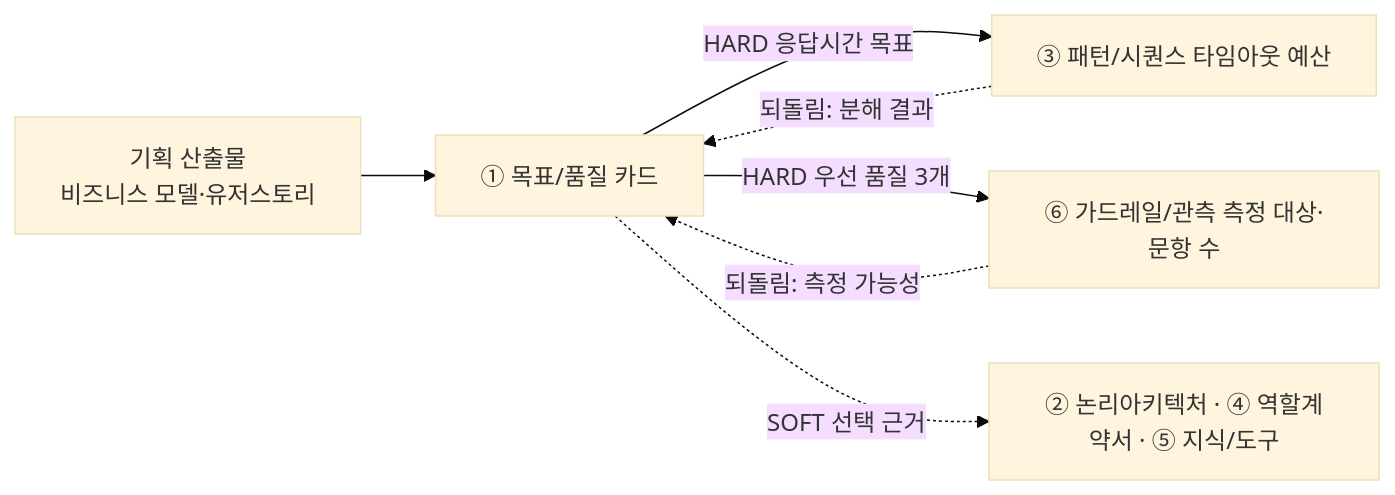
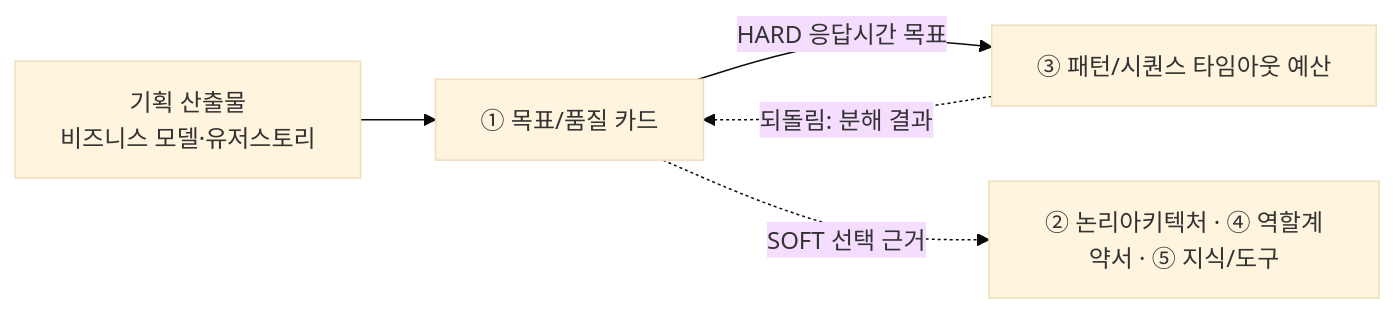
One commit to unicorn-campus/unicorn-skills changed the diagram in design-architecture/guides/01-목표품질속성카드-가이드.md. Above: the diagram before and after it, drawn with Mermaid (base theme). The commit also changed other lines of this file and 33 other files, not shown here.

````diff
--- a/design-architecture/guides/01-목표품질속성카드-가이드.md
+++ b/design-architecture/guides/01-목표품질속성카드-가이드.md
@@ -9,9 +17,7 @@
 ```mermaid
 flowchart LR
   BM["기획 산출물<br/>비즈니스 모델·유저스토리"] --> C["① 목표/품질 카드"]
   C -->|"HARD 응답시간 목표"| S3["③ 패턴/시퀀스 타임아웃 예산"]
-  C -->|"HARD 우선 품질 3개"| S6["⑥ 가드레일/관측 측정 대상·문항 수"]
   C -.->|"SOFT 선택 근거"| S2["② 논리아키텍처 · ④ 역할계약서 · ⑤ 지식/도구"]
   S3 -.->|"되돌림: 분해 결과"| C
-  S6 -.->|"되돌림: 측정 가능성"| C
 ```
````
